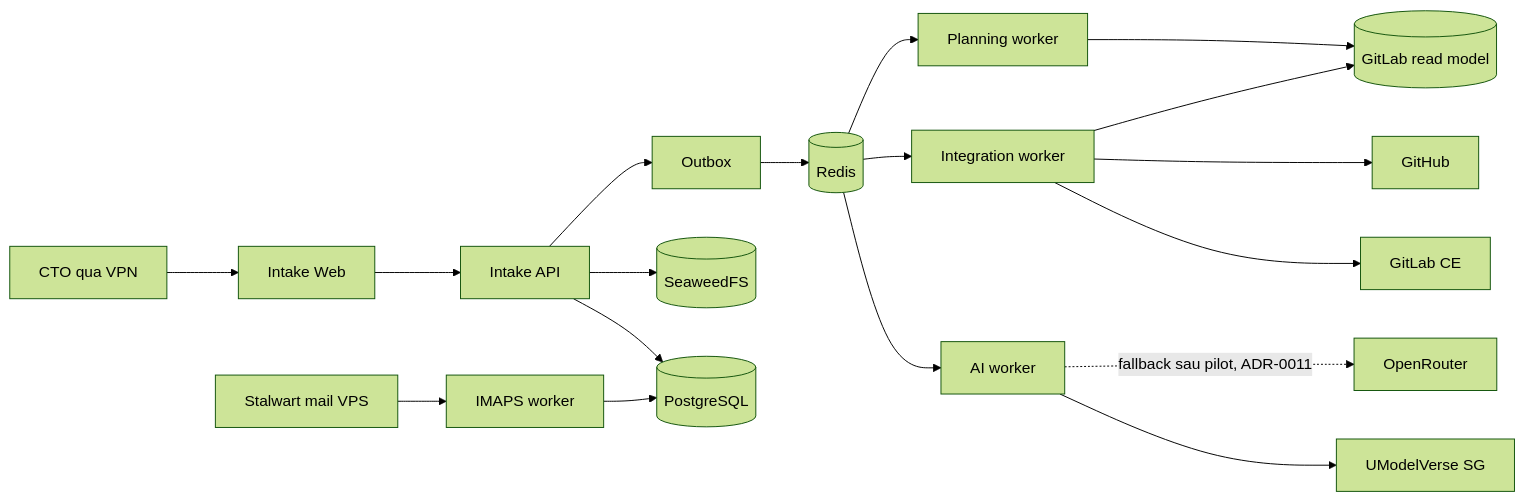
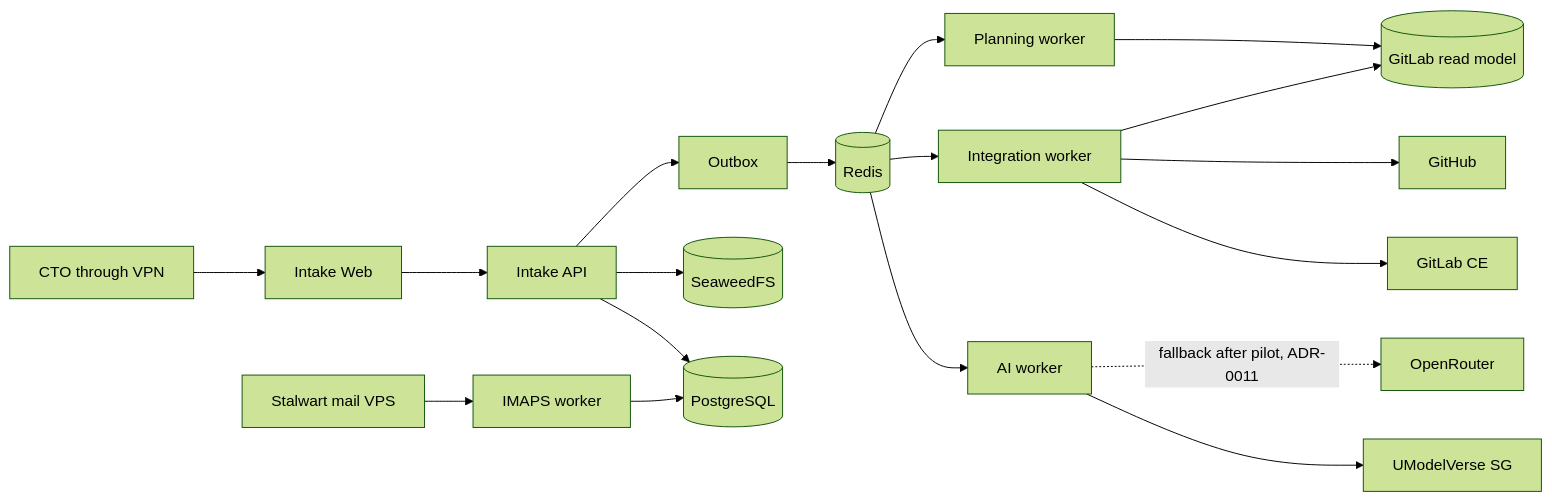
One commit to ZiniSoft/intake changed the diagram in docs/stable/architecture/system-overview.md. Above: the diagram before and after it, drawn with Mermaid (forest theme). The commit also changed 70 other files, not shown here.

````diff
--- a/docs/stable/architecture/system-overview.md
+++ b/docs/stable/architecture/system-overview.md
@@ -30,20 +30,20 @@
 ```mermaid
 flowchart LR
-    CTO[CTO qua VPN] --> WEB[Intake Web]
+    CTO[CTO through VPN] --> WEB[Intake Web]
     WEB --> API[Intake API]
     API --> PG[(PostgreSQL)]
     API --> SW[(SeaweedFS)]
     API --> OB[Outbox]
     OB --> REDIS[(Redis)]
     REDIS --> AI[AI worker]
     AI --> UM[UModelVerse SG]
-    AI -. fallback sau pilot, ADR-0011 .-> OR[OpenRouter]
+    AI -. fallback after pilot, ADR-0011 .-> OR[OpenRouter]
     REDIS --> INT[Integration worker]
     REDIS --> PLAN[Planning worker]
     INT --> GL[GitLab CE]
     INT --> GH[GitHub]
     INT --> GLRM[(GitLab read model)]
     PLAN --> GLRM
     MAIL[Stalwart mail VPS] --> IMAP[IMAPS worker]
     IMAP --> PG
 ```
````
